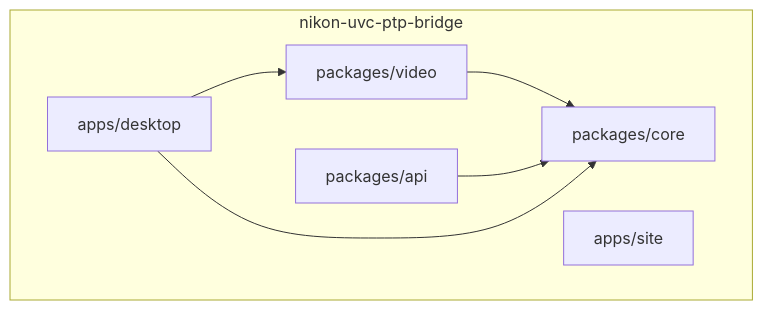
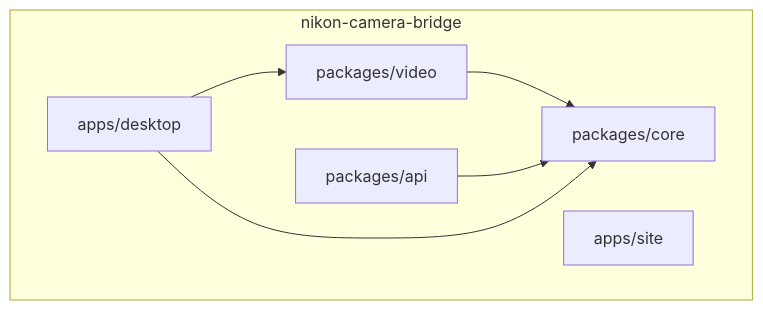
The third of 4 diagrams in README.md (AMDphreak/nikon-camera-bridge), drawn with Mermaid before and after one commit. The commit also changed other lines of this file and 26 other files, not shown here.

First line of the commit message:
Rename project to nikon-camera-bridge (repo slug, pnpm scope, branding)

````diff
--- a/README.md
+++ b/README.md
@@ -91,14 +91,14 @@
 ```mermaid
 flowchart TB
-  subgraph repo["nikon-uvc-ptp-bridge"]
+  subgraph repo["nikon-camera-bridge"]
     pkg_core["packages/core"]
     pkg_video["packages/video"]
     pkg_api["packages/api"]
     app_gui["apps/desktop"]
     app_site["apps/site"]
   end
   pkg_video --> pkg_core
   pkg_api --> pkg_core
   app_gui --> pkg_core
   app_gui --> pkg_video
 ```
````
